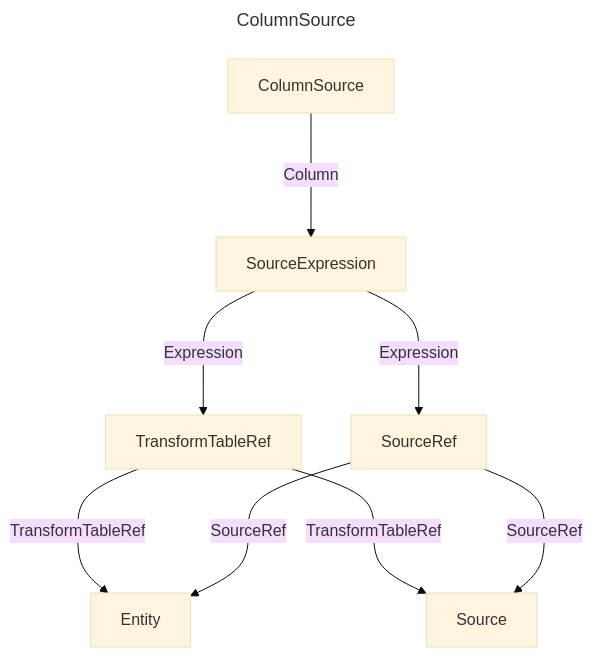
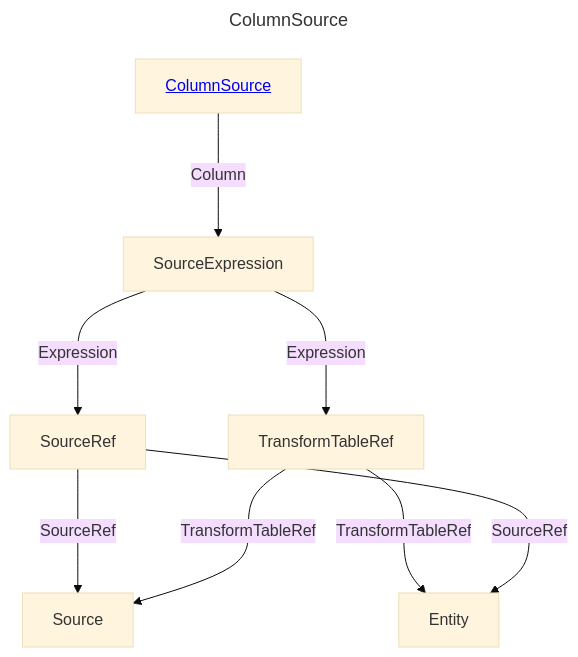
One commit to douglassimonsen/pbi_core changed the diagram in docs/docs/layout/erd/ColumnSource.md. Above: the diagram before and after it, drawn with Mermaid (base theme). The commit also changed 76 other files, not shown here.

````diff
--- a/docs/docs/layout/erd/ColumnSource.md
+++ b/docs/docs/layout/erd/ColumnSource.md
@@ -1,19 +1,19 @@
 ```mermaid
 ---
 title: ColumnSource
 ---
 graph 
-2430071365824["ColumnSource"]
-2430071339472["SourceExpression"]
-2430071355088["SourceRef"]
-2430071344352["Source"]
-2430071338496["TransformTableRef"]
-2430071353136["Entity"]
-2430071365824 --->|Column| 2430071339472
-2430071339472 --->|Expression| 2430071338496
-2430071338496 --->|TransformTableRef| 2430071353136
-2430071339472 --->|Expression| 2430071355088
-2430071338496 --->|TransformTableRef| 2430071344352
-2430071355088 --->|SourceRef| 2430071344352
-2430071355088 --->|SourceRef| 2430071353136
+ColumnSource[<a href='/layout/erd/ColumnSource'>ColumnSource</a>]
+Entity[Entity]
+Source[Source]
+SourceExpression[SourceExpression]
+SourceRef[SourceRef]
+TransformTableRef[TransformTableRef]
+TransformTableRef --->|TransformTableRef| Entity
+SourceRef --->|SourceRef| Source
+SourceExpression --->|Expression| SourceRef
+SourceRef --->|SourceRef| Entity
+SourceExpression --->|Expression| TransformTableRef
+TransformTableRef --->|TransformTableRef| Source
+ColumnSource --->|Column| SourceExpression
 ```
````
